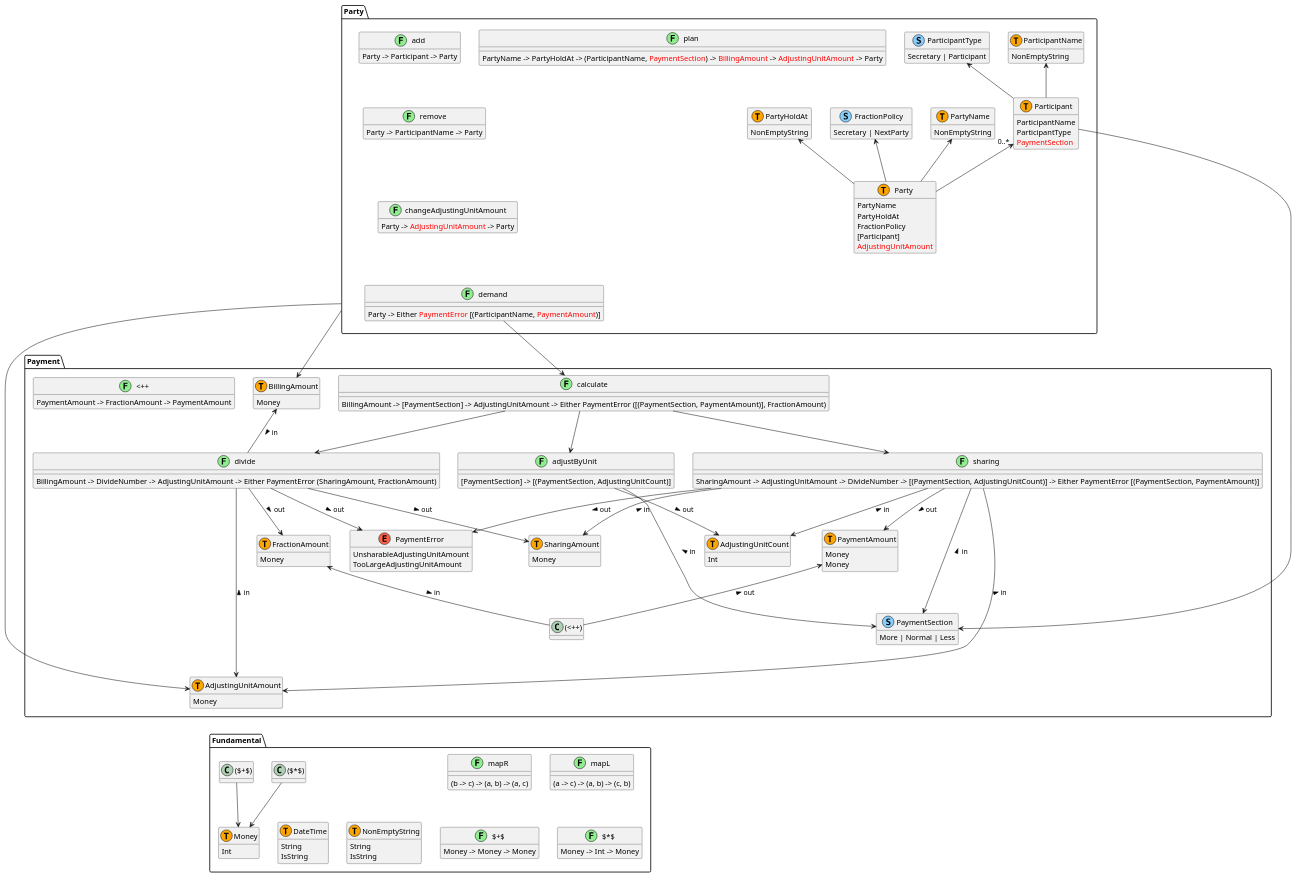
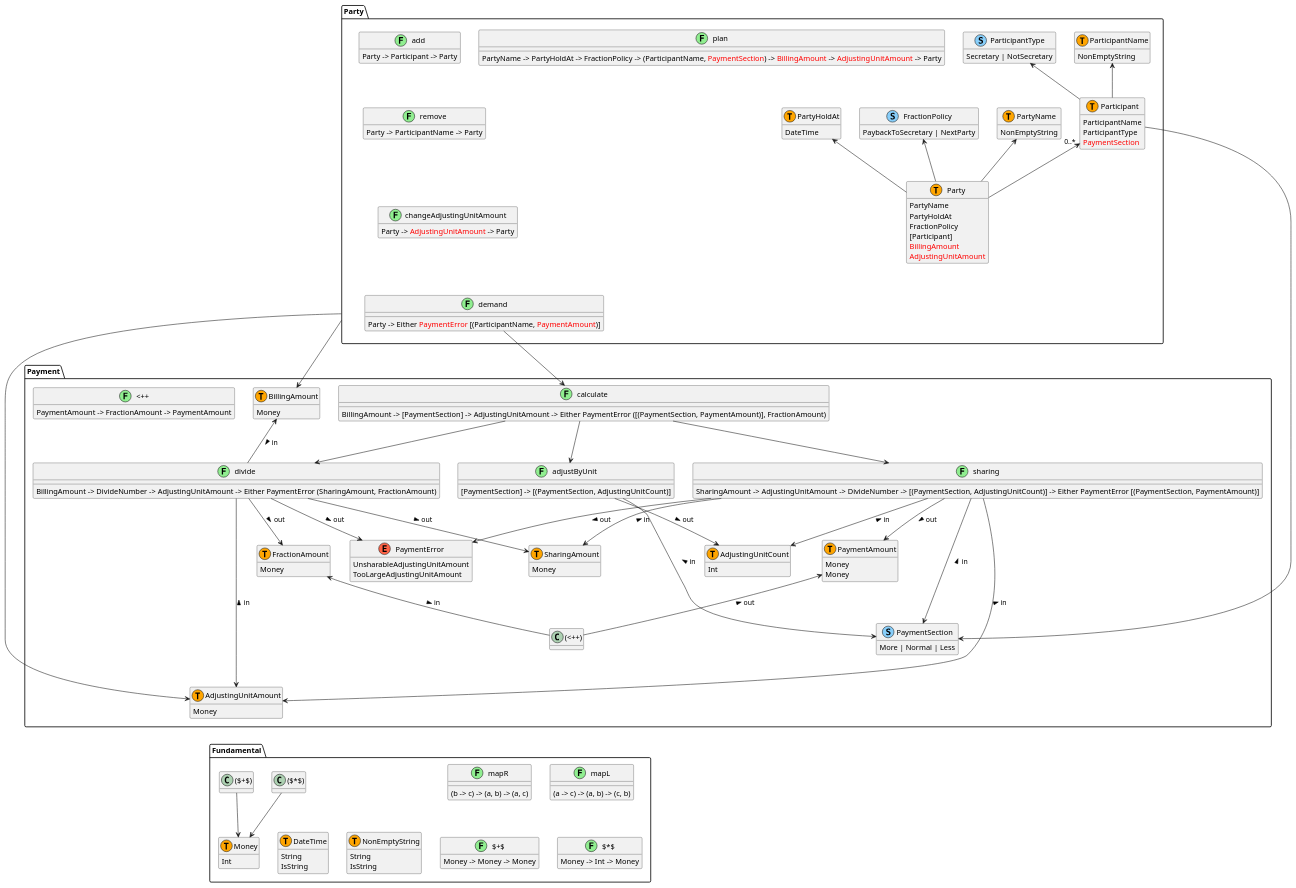
One commit to suzuki-hoge/warikan changed the diagram in doc/domain.puml. Above: the diagram before and after it, drawn with PlantUML. The commit also changed 5 other files, not shown here.

```diff
--- a/doc/domain.puml
+++ b/doc/domain.puml
@@ -1,180 +1,181 @@
 @startuml
 
 hide empty methods
 
 package Party {
     class Party << (T, orange) >> {
         PartyName
         PartyHoldAt
         FractionPolicy
         [Participant]
+        <font color=red>BillingAmount</font>
         <font color=red>AdjustingUnitAmount</font>
     }
     class PartyName << (T, orange) >> {
         NonEmptyString
     }
     class PartyHoldAt << (T, orange) >> {
-        NonEmptyString
+        DateTime
     }
     class FractionPolicy << (S, lightskyblue) >> {
-        Secretary | NextParty
+        PaybackToSecretary | NextParty
     }
     class Participant << (T, orange) >> {
         ParticipantName
         ParticipantType
         <font color=red>PaymentSection</font>
     }
     class ParticipantName << (T, orange) >> {
         NonEmptyString
     }
     class ParticipantType << (S, lightskyblue) >> {
-        Secretary | Participant
+        Secretary | NotSecretary
     }
 
     class plan << (F, lightgreen) >> {
-        PartyName -> PartyHoldAt -> (ParticipantName, <font color=red>PaymentSection</font>) -> <font color=red>BillingAmount</font> -> <font color=red>AdjustingUnitAmount</font> -> Party
+        PartyName -> PartyHoldAt -> FractionPolicy -> (ParticipantName, <font color=red>PaymentSection</font>) -> <font color=red>BillingAmount</font> -> <font color=red>AdjustingUnitAmount</font> -> Party
     }
     class add << (F, lightgreen) >> {
         Party -> Participant -> Party
     }
     class remove << (F, lightgreen) >> {
         Party -> ParticipantName -> Party
     }
     class changeAdjustingUnitAmount << (F, lightgreen) >> {
         Party -> <font color=red>AdjustingUnitAmount</font> -> Party
     }
     class demand << (F, lightgreen) >> {
         Party -> Either <font color=red>PaymentError</font> [(ParticipantName, <font color=red>PaymentAmount</font>)]
     }
 
     Party -u-> PartyName
     Party -u-> PartyHoldAt
     Party -u-> FractionPolicy
 
     Participant -u-> ParticipantName
     Participant -u-> ParticipantType
 
     Party -u-> "0..*" Participant
 }
 
 package Payment {
     class PaymentSection << (S, lightskyblue) >> {
         More | Normal | Less
     }
     class AdjustingUnitAmount << (T, orange) >> {
         Money
     }
     class AdjustingUnitCount << (T, orange) >> {
         Int
     }
     class BillingAmount << (T, orange) >> {
         Money
     }
     class SharingAmount << (T, orange) >> {
         Money
     }
     class FractionAmount << (T, orange) >> {
         Money
     }
     class PaymentAmount << (T, orange) >> {
         Money
     }
     class PaymentAmount << (T, orange) >> {
         Money
     }
 
     class calculate << (F, lightgreen) >> {
         BillingAmount -> [PaymentSection] -> AdjustingUnitAmount -> Either PaymentError ([(PaymentSection, PaymentAmount)], FractionAmount)
     }
     class divide << (F, lightgreen) >> {
         BillingAmount -> DivideNumber -> AdjustingUnitAmount -> Either PaymentError (SharingAmount, FractionAmount)
     }
     class adjustByUnit << (F, lightgreen) >> {
         [PaymentSection] -> [(PaymentSection, AdjustingUnitCount)]
     }
     class sharing << (F, lightgreen) >> {
         SharingAmount -> AdjustingUnitAmount -> DivideNumber -> [(PaymentSection, AdjustingUnitCount)] -> Either PaymentError [(PaymentSection, PaymentAmount)]
     }
     class "(<++)" << (F, lightgreen) >> {
         PaymentAmount -> FractionAmount -> PaymentAmount
     }
 
     class PaymentError << (E, tomato) >> {
         UnsharableAdjustingUnitAmount
         TooLargeAdjustingUnitAmount
     }
 
     divide -u-> BillingAmount : in <
     divide -d-> AdjustingUnitAmount : in <
     divide -d-> SharingAmount : out >
     divide -d-> FractionAmount : out >
     divide -d-> PaymentError : out >
 
     adjustByUnit -u-> PaymentSection : in <
     adjustByUnit -d-> AdjustingUnitCount : out >
 
     sharing --> SharingAmount : in <
     sharing ----> AdjustingUnitAmount : in <
     sharing ---> PaymentSection : in <
     sharing --> AdjustingUnitCount : in <
     sharing -d-> PaymentAmount : out >
     sharing --> PaymentError : out >
 
     calculate -d-> divide
     calculate -d-> adjustByUnit
     calculate -d-> sharing
 
     "(<++)" -u-> PaymentAmount : out >
     "(<++)" -u-> FractionAmount : in <
 }
 
 Party --> BillingAmount
 Party --> AdjustingUnitAmount
 Participant --> PaymentSection
 
 demand --> calculate
 
 package Fundamental {
     class Money << (T, orange) >> {
         Int
     }
     class NonEmptyString << (T, orange) >> {
         String
         IsString
     }
     class DateTime << (T, orange) >> {
         String
         IsString
     }
     class mapR << (F, lightgreen) >> {
         (b -> c) -> (a, b) -> (a, c)
     }
     class mapL << (F, lightgreen) >> {
         (a -> c) -> (a, b) -> (c, b)
     }
     class ($+$) << (F, lightgreen) >> {
         Money -> Money -> Money
     }
     class ($*$) << (F, lightgreen) >> {
         Money -> Int -> Money
     }
     "($+$)" --> Money
     "($*$)" --> Money
 }
 
 ' layout
 
 add -d[hidden]-> remove
 "remove" -[hidden]d-> changeAdjustingUnitAmount
 changeAdjustingUnitAmount -[hidden]d-> demand
 
 demand -[hidden]l-> Party
 
 divide -[hidden]r-> adjustByUnit
 adjustByUnit -[hidden]r-> sharing
 
 AdjustingUnitAmount -[hidden]d-> "($+$)"
 Money -[hidden]r-> DateTime
 DateTime -[hidden]r-> NonEmptyString
 
 @enduml
```
